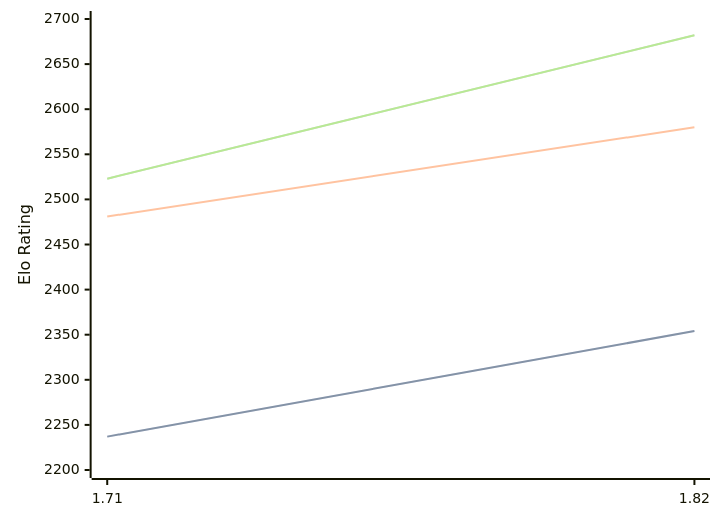
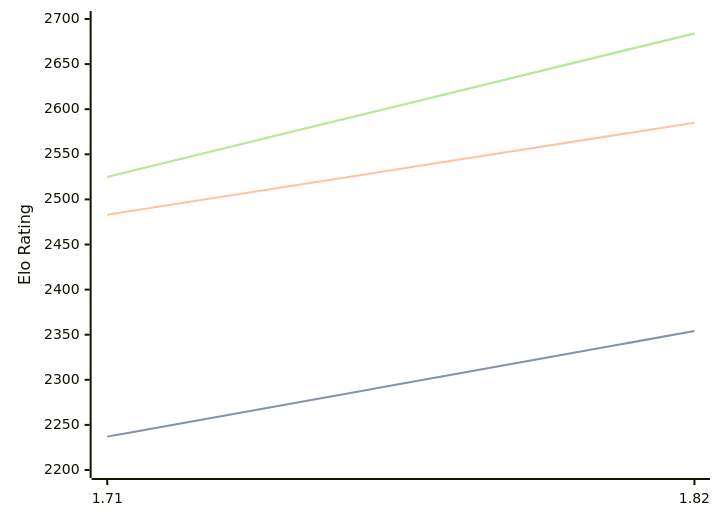
Before and after one commit to computer-chess-index/cci: the diagram in engines/Amira.md, drawn with Mermaid. The commit also changed other lines of this file, not shown here.

Commit message:
Update CCI Ratings (ELO VLTC) - 2026-05-17

````diff
--- a/engines/Amira.md
+++ b/engines/Amira.md
@@ -35,11 +35,11 @@
 ```mermaid
 %%{init: {"theme":"base","themeVariables":{"seriesColors:['#a3a3a3','#222221','#faa371']}}}%%
 xychart-beta
   x-axis ["1.71", "1.82"]
   y-axis "Elo Rating" 2200 --> 2700
   line "STC (8.0+0.08s)" [2237, 2354]
   line "STC (8.0+0.08s)" [2237, 2354]
-  line "LTC (60.0+0.60s)" [2481, 2580]
-  line "VLTC (2m24s+1.12s)" [2523, 2682]
-  line "VLTC (2m24s+1.12s)" [2523, 2682]
+  line "LTC (60.0+0.60s)" [2483, 2585]
+  line "VLTC (2m24s+1.12s)" [2525, 2684]
+  line "VLTC (2m24s+1.12s)" [2525, 2684]
 ```
````
